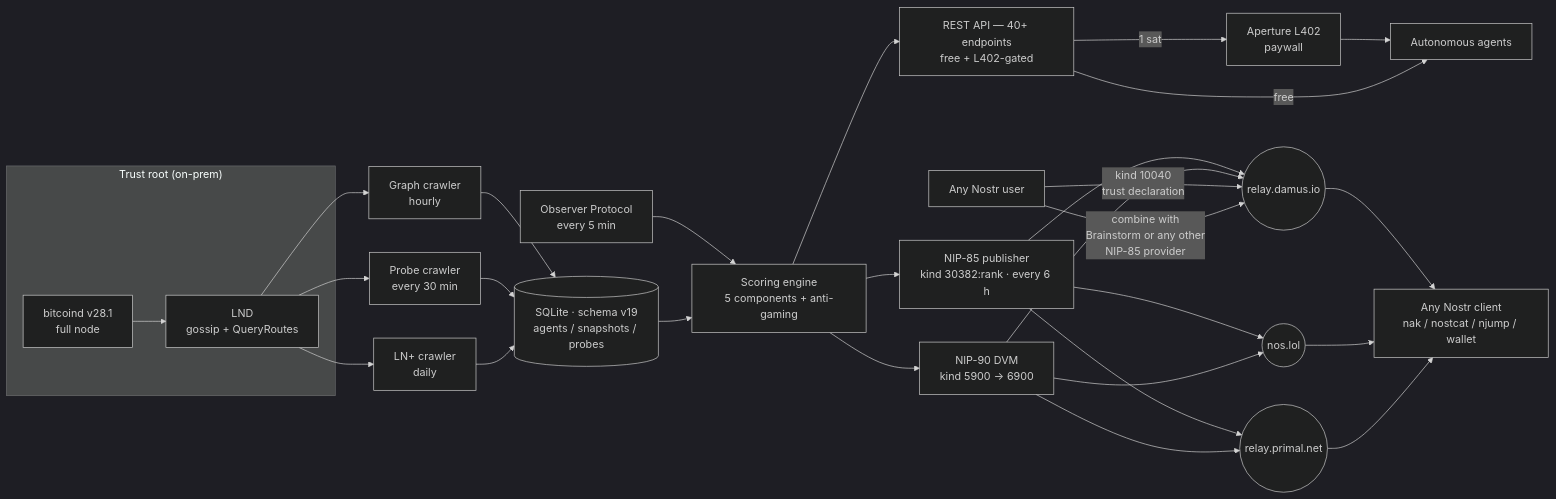
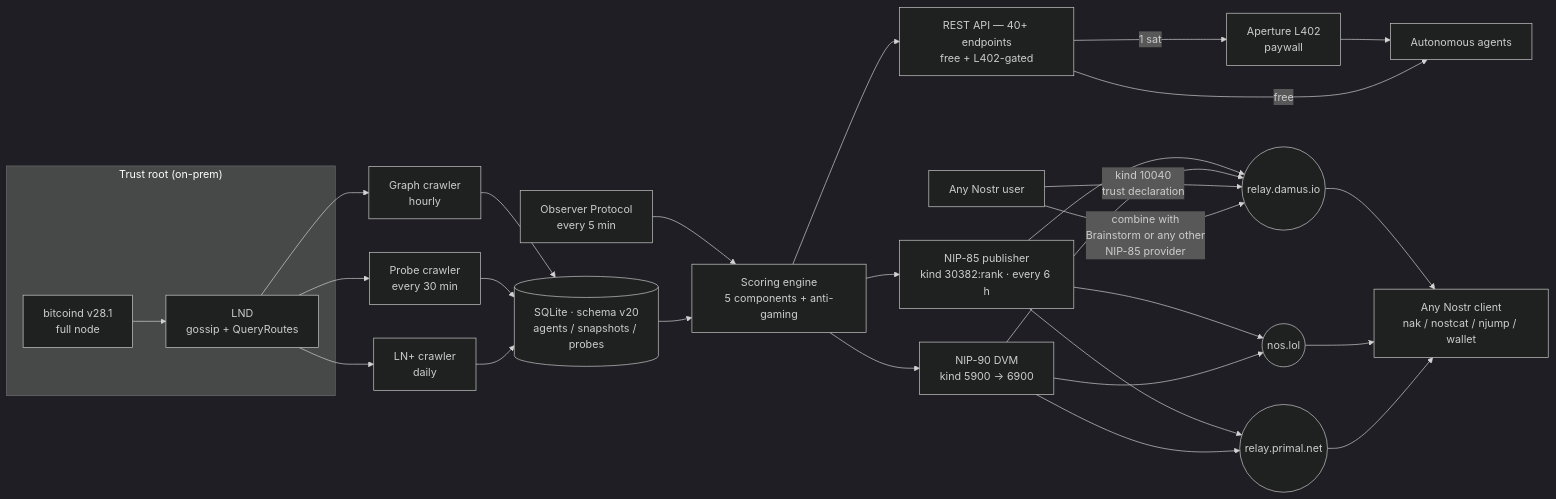
The diagram in IMPACT-STATEMENT-FULL.md (proofoftrust21/satrank), drawn with Mermaid (dark theme) before and after one commit. The commit also changed other lines of this file and 7 other files, not shown here.

````diff
--- a/IMPACT-STATEMENT-FULL.md
+++ b/IMPACT-STATEMENT-FULL.md
@@ -43,41 +43,41 @@
 ```mermaid
 flowchart LR
   subgraph TrustRoot["Trust root (on-prem)"]
     BTC[bitcoind v28.1<br/>full node]
     LND[LND<br/>gossip + QueryRoutes]
   end
 
   BTC --> LND
 
   LND --> GC[Graph crawler<br/>hourly]
   LND --> PC[Probe crawler<br/>every 30 min]
   LND --> LP[LN+ crawler<br/>daily]
   OBS[Observer Protocol<br/>every 5 min] --> SE
 
-  GC --> DB[(SQLite · schema v19<br/>agents / snapshots / probes)]
+  GC --> DB[(SQLite · schema v20<br/>agents / snapshots / probes)]
   PC --> DB
   LP --> DB
 
   DB --> SE[Scoring engine<br/>5 components + anti-gaming]
 
   SE --> API[REST API — 40+ endpoints<br/>free + L402-gated]
   SE --> NP[NIP-85 publisher<br/>kind 30382:rank · every 6 h]
   SE --> DVM[NIP-90 DVM<br/>kind 5900 → 6900]
 
   NP --> R1((relay.damus.io))
   NP --> R2((nos.lol))
   NP --> R3((relay.primal.net))
   DVM --> R1
   DVM --> R2
   DVM --> R3
 
   API -->|1 sat| L402[Aperture L402<br/>paywall]
   L402 --> AGENTS[Autonomous agents]
   API -->|free| AGENTS
   R1 --> CLIENTS[Any Nostr client<br/>nak / nostcat / njump / wallet]
   R2 --> CLIENTS
   R3 --> CLIENTS
 
   USER[Any Nostr user] -->|kind 10040<br/>trust declaration| R1
   USER -->|combine with<br/>Brainstorm or any other<br/>NIP-85 provider| R1
 ```
````
